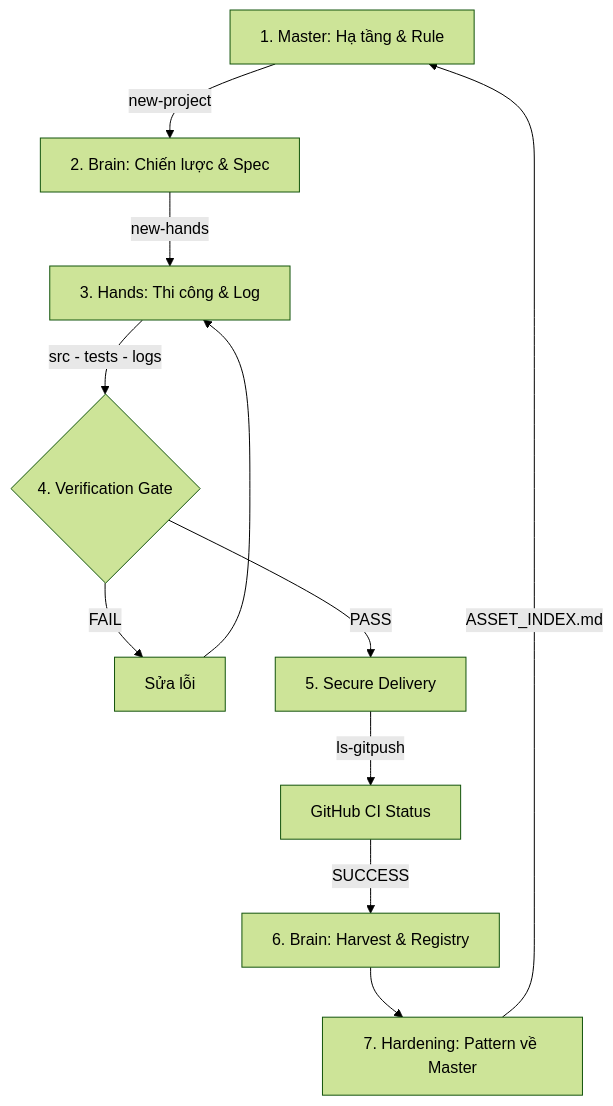
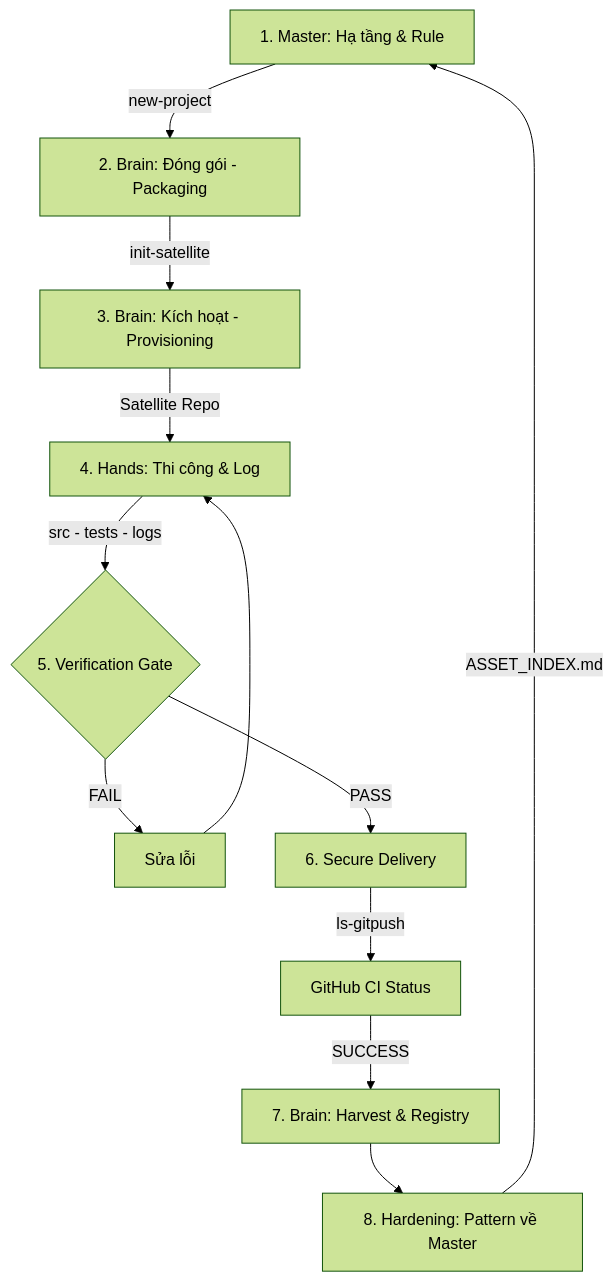
Before and after one commit to Link-Strategy/Link_Stategy_Development_System: the diagram in backlog.md, drawn with Mermaid (forest theme). The commit also changed other lines of this file and 14 other files, not shown here.

````diff
--- a/backlog.md
+++ b/backlog.md
@@ -53,13 +53,14 @@
 ```mermaid
 graph TD
-    M[1. Master: Hạ tầng & Rule] -->|new-project| B[2. Brain: Chiến lược & Spec]
-    B -->|new-hands| H[3. Hands: Thi công & Log]
-    H -->|src - tests - logs| E{4. Verification Gate}
+    M[1. Master: Hạ tầng & Rule] -->|new-project| B[2. Brain: Đóng gói - Packaging]
+    B -->|init-satellite| P[3. Brain: Kích hoạt - Provisioning]
+    P -->|Satellite Repo| H[4. Hands: Thi công & Log]
+    H -->|src - tests - logs| E{5. Verification Gate}
     E -->|FAIL| F[Sửa lỗi]
     F --> H
-    E -->|PASS| G[5. Secure Delivery]
+    E -->|PASS| G[6. Secure Delivery]
     G -->|ls-gitpush| GH[GitHub CI Status]
-    GH -->|SUCCESS| I[6. Brain: Harvest & Registry]
-    I --> J[7. Hardening: Pattern về Master]
+    GH -->|SUCCESS| I[7. Brain: Harvest & Registry]
+    I --> J[8. Hardening: Pattern về Master]
     J -->|ASSET_INDEX.md| M
 ```
````
